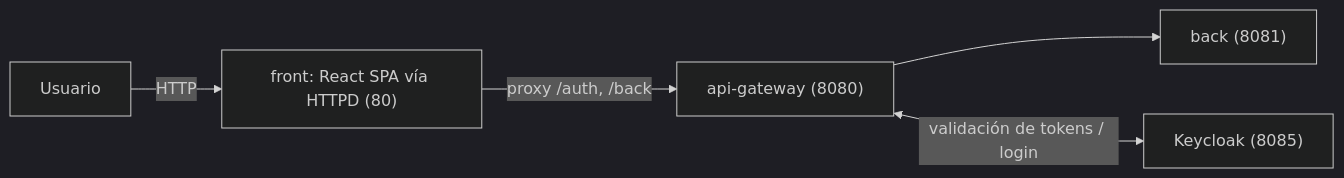
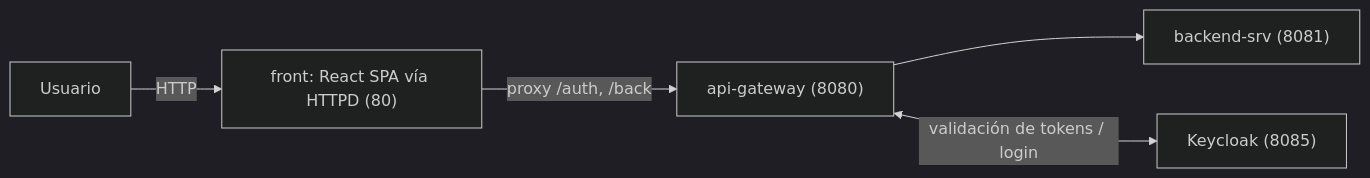
Before and after one commit to oparias-debug/migration: the diagram in README.md, drawn with Mermaid (dark theme). The commit also changed other lines of this file and 1444 other files, not shown here.

````diff
--- a/README.md
+++ b/README.md
@@ -36,7 +40,7 @@
 ```mermaid
 flowchart LR
     Usuario -->|HTTP| Front["front: React SPA vía HTTPD (80)"]
     Front -->|proxy /auth, /back| Gateway["api-gateway (8080)"]
-    Gateway --> Back["back (8081)"]
+    Gateway --> Back["backend-srv (8081)"]
     Gateway <-->|validación de tokens / login| Keycloak["Keycloak (8085)"]
 ```
````
